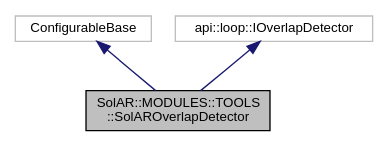
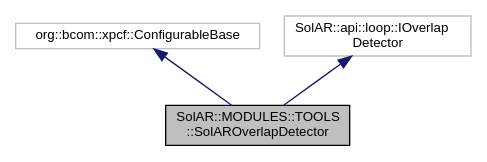
One commit to SolarFramework/solarframework.github.io changed the diagram in api_module_documentation/class_sol_a_r_1_1_m_o_d_u_l_e_s_1_1_t_o_o_l_s_1_1_sol_a_r_overlap_detector__inherit__graph.dot. Above: the diagram before and after it, drawn with Graphviz. The commit also changed 784 other files, not shown here.

```diff
--- a/api_module_documentation/class_sol_a_r_1_1_m_o_d_u_l_e_s_1_1_t_o_o_l_s_1_1_sol_a_r_overlap_detector__inherit__graph.dot
+++ b/api_module_documentation/class_sol_a_r_1_1_m_o_d_u_l_e_s_1_1_t_o_o_l_s_1_1_sol_a_r_overlap_detector__inherit__graph.dot
@@ -1,10 +1,11 @@
 digraph "SolAR::MODULES::TOOLS::SolAROverlapDetector"
 {
+ // LATEX_PDF_SIZE
   edge [fontname="Helvetica",fontsize="10",labelfontname="Helvetica",labelfontsize="10"];
   node [fontname="Helvetica",fontsize="10",shape=record];
-  Node0 [label="SolAR::MODULES::TOOLS\l::SolAROverlapDetector",height=0.2,width=0.4,color="black", fillcolor="grey75", style="filled", fontcolor="black"];
-  Node1 -> Node0 [dir="back",color="midnightblue",fontsize="10",style="solid",fontname="Helvetica"];
-  Node1 [label="ConfigurableBase",height=0.2,width=0.4,color="grey75", fillcolor="white", style="filled"];
-  Node2 -> Node0 [dir="back",color="midnightblue",fontsize="10",style="solid",fontname="Helvetica"];
-  Node2 [label="api::loop::IOverlapDetector",height=0.2,width=0.4,color="grey75", fillcolor="white", style="filled"];
+  Node1 [label="SolAR::MODULES::TOOLS\l::SolAROverlapDetector",height=0.2,width=0.4,color="black", fillcolor="grey75", style="filled", fontcolor="black",tooltip="Detect a loop closure from a given keyframe. UUID: 58087630-1376-11eb-adc1-0242ac120002"];
+  Node2 -> Node1 [dir="back",color="midnightblue",fontsize="10",style="solid",fontname="Helvetica"];
+  Node2 [label="org::bcom::xpcf::ConfigurableBase",height=0.2,width=0.4,color="grey75", fillcolor="white", style="filled",tooltip=" "];
+  Node3 -> Node1 [dir="back",color="midnightblue",fontsize="10",style="solid",fontname="Helvetica"];
+  Node3 [label="SolAR::api::loop::IOverlap\lDetector",height=0.2,width=0.4,color="grey75", fillcolor="white", style="filled",tooltip=" "];
 }
```
